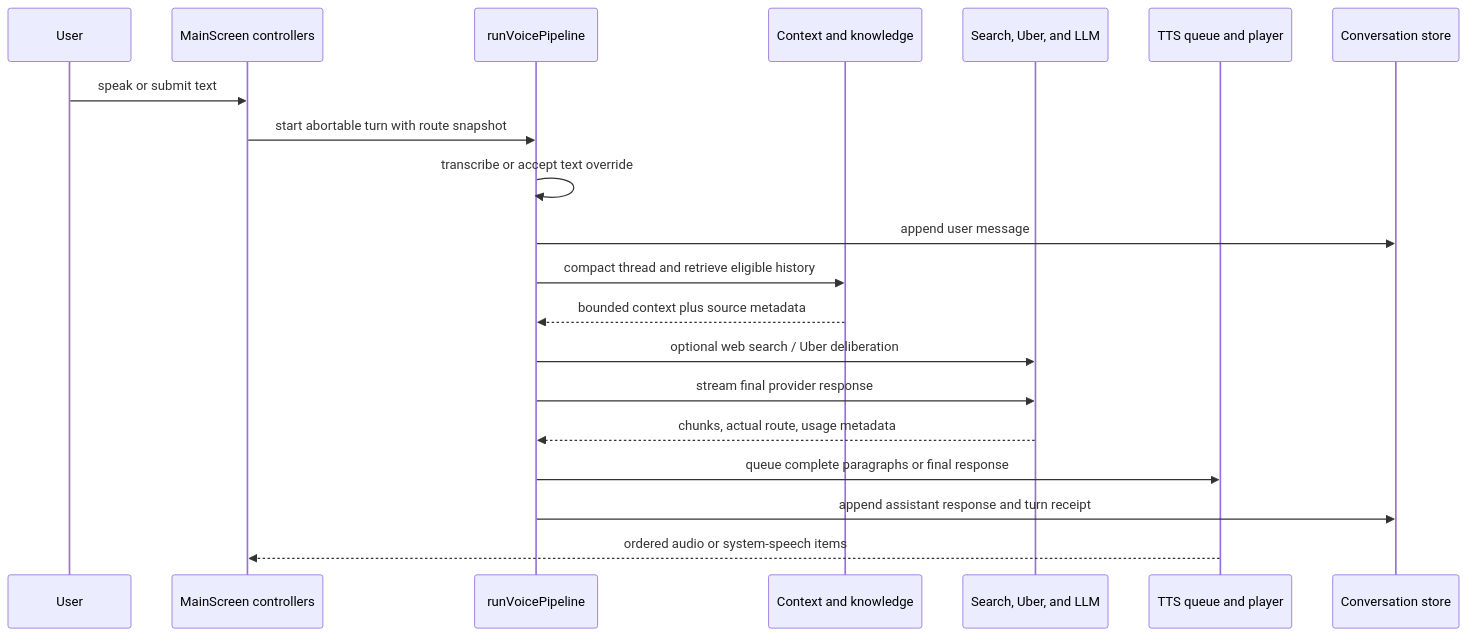
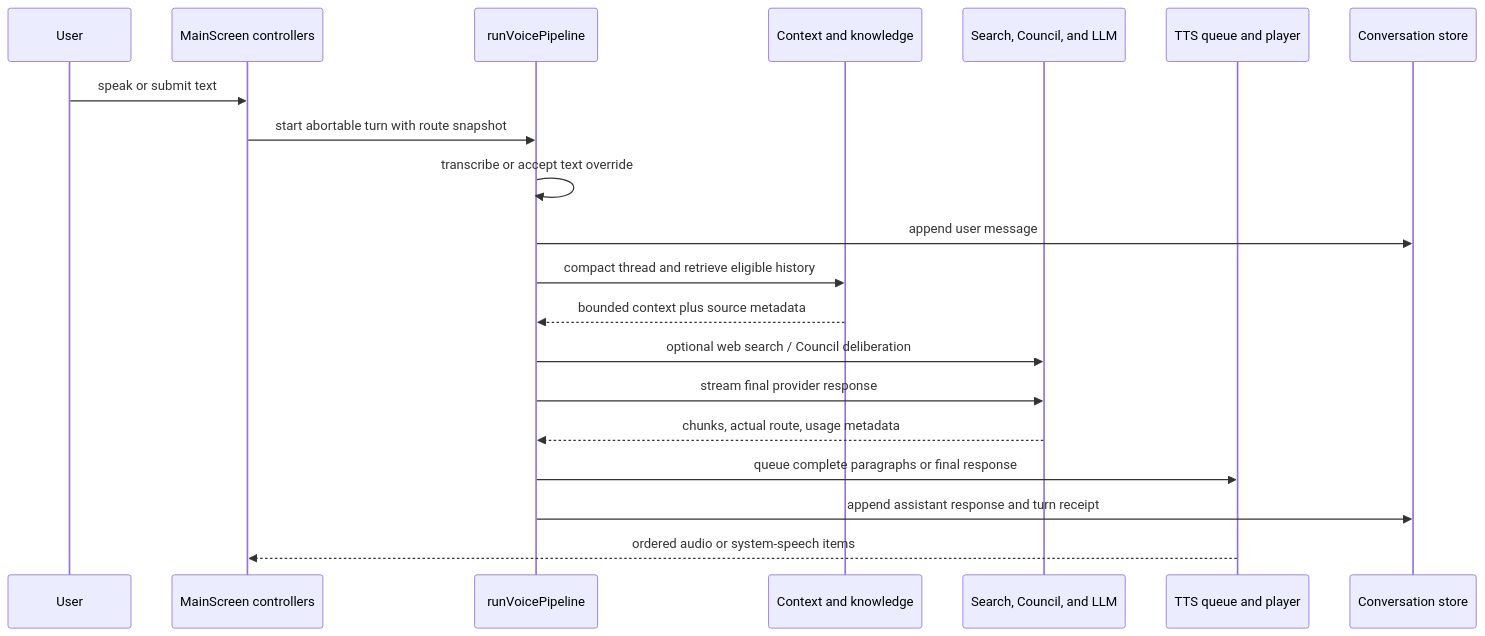
Before and after one commit to hurrtz/mrbroccoli: the second of 4 diagrams in DESIGN.md, drawn with Mermaid. The commit also changed 66 other files, not shown here.

````diff
--- a/DESIGN.md
+++ b/DESIGN.md
@@ -98,23 +98,23 @@
 ```mermaid
 sequenceDiagram
     participant User
     participant Screen as MainScreen controllers
     participant Pipeline as runVoicePipeline
     participant Context as Context and knowledge
-    participant Intelligence as Search, Uber, and LLM
+    participant Intelligence as Search, Council, and LLM
     participant Speech as TTS queue and player
     participant Store as Conversation store
 
     User->>Screen: speak or submit text
     Screen->>Pipeline: start abortable turn with route snapshot
     Pipeline->>Pipeline: transcribe or accept text override
     Pipeline->>Store: append user message
     Pipeline->>Context: compact thread and retrieve eligible history
     Context-->>Pipeline: bounded context plus source metadata
-    Pipeline->>Intelligence: optional web search / Uber deliberation
+    Pipeline->>Intelligence: optional web search / Council deliberation
     Pipeline->>Intelligence: stream final provider response
     Intelligence-->>Pipeline: chunks, actual route, usage metadata
     Pipeline->>Speech: queue complete paragraphs or final response
     Pipeline->>Store: append assistant response and turn receipt
     Speech-->>Screen: ordered audio or system-speech items
 ```
````
